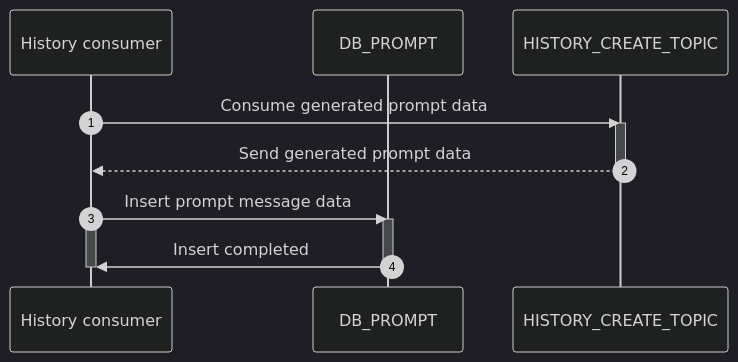
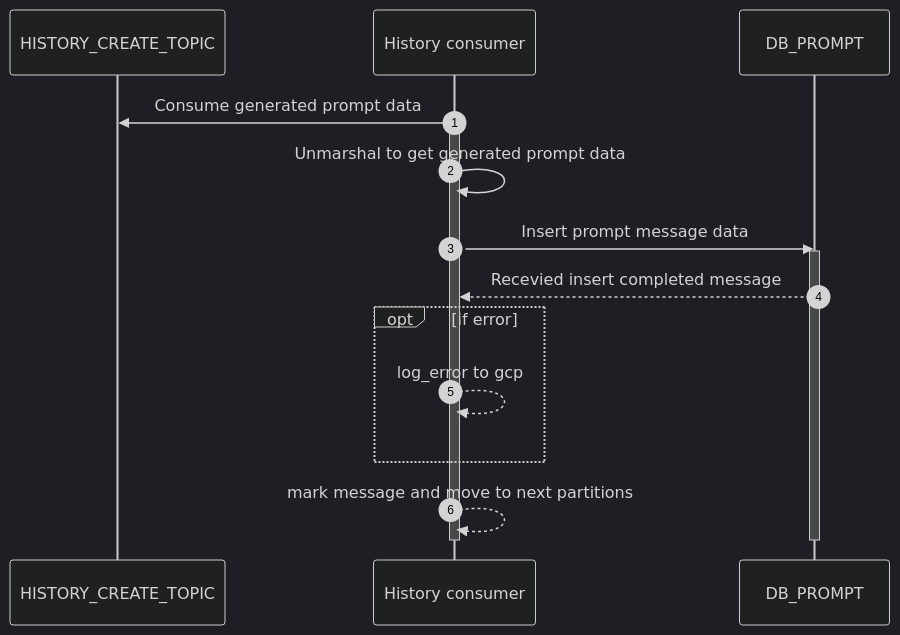
One commit to promptlabth/docs-of-all changed the diagram in systemFlow/core/historyConsumer/saveMessage.md. Above: the diagram before and after it, drawn with Mermaid (dark theme).

Commit message:
feat: edit diagram

````diff
--- a/systemFlow/core/historyConsumer/saveMessage.md
+++ b/systemFlow/core/historyConsumer/saveMessage.md
@@ -4,18 +4,20 @@
 ```mermaid
 sequenceDiagram
+    participant topic as HISTORY_CREATE_TOPIC
     participant consumer as History consumer
     participant prompt as DB_PROMPT
-    participant topic as HISTORY_CREATE_TOPIC
     autonumber
     consumer ->> topic : Consume generated prompt data
-    activate topic
-    topic -->> consumer : Send generated prompt data
-    deactivate topic
+    activate consumer
+    consumer ->> consumer : Unmarshal to get generated prompt data
     consumer ->> prompt : Insert prompt message data
     activate prompt
-    activate consumer
-    prompt ->> consumer : Insert completed
+    prompt -->> consumer : Recevied insert completed message
+    opt if error
+        consumer -->> consumer : log_error to gcp
+    end
+    consumer -->> consumer: mark message and move to next partitions
     deactivate prompt
     deactivate consumer
 
 ```
````
